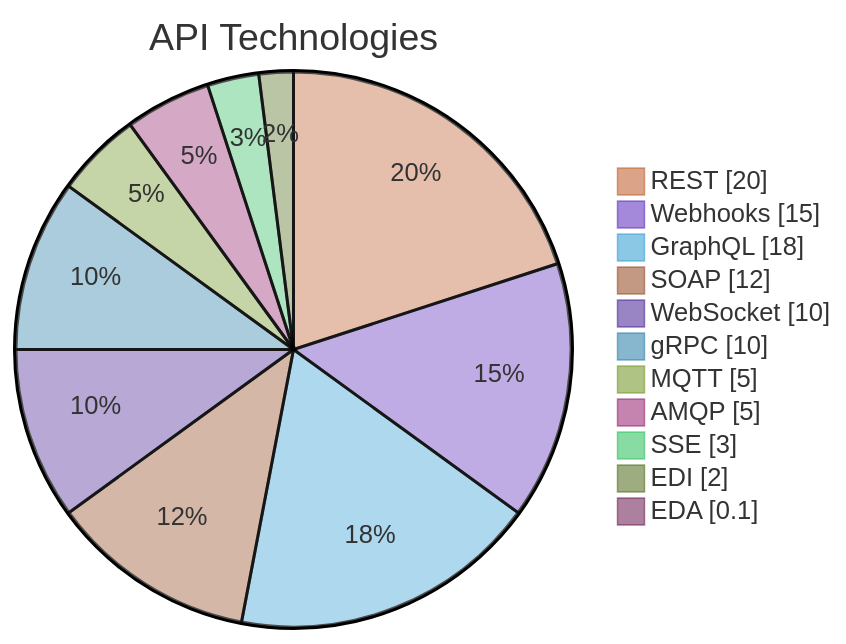
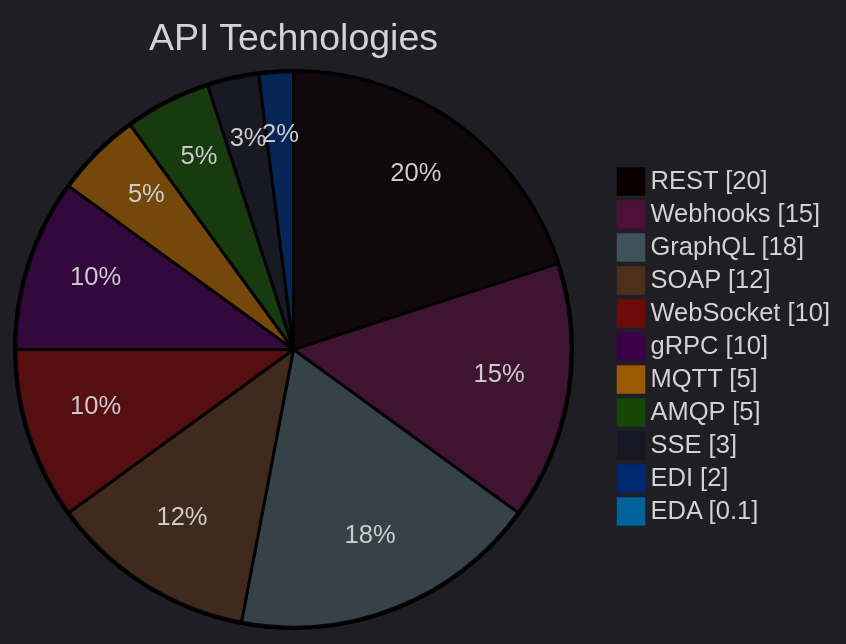
The first of 12 diagrams in WEB_TECH/API_Technologies/API_Technologies_Overview.md (CongLeSolutionX/iOS-development-vault), drawn with Mermaid before and after one commit.

Commit message:
update notes

````diff
--- a/WEB_TECH/API_Technologies/API_Technologies_Overview.md
+++ b/WEB_TECH/API_Technologies/API_Technologies_Overview.md
@@ -30,36 +30,36 @@
 ```mermaid
 ---
 title: "Overall API Technologies Wheel"
 author: "Cong Le"
 version: "1.0"
 license(s): "MIT, CC BY 4.0"
 copyright: "Copyright (c) 2025 Cong Le. All Rights Reserved."
 config:
-  theme: base
+  theme: dark
 ---
 %%%%%%%% Mermaid version v11.4.1-b.14
 %%%%%%%% Toggle theme value to `base` to activate the initilization below for the customized theme version.
 %%{
   init: {
     "pie": { "htmlLabels": false },
     'fontFamily': 'Fantasy',
     'themeVariables': {
       'primaryColor': '#B528'
     }
   }
 }%%
 pie showData
     title API Technologies
     "REST" : 20
     "Webhooks" : 15
     "GraphQL" : 18
     "SOAP" : 12
     "WebSocket" : 10
     "gRPC" : 10
     "MQTT" : 5
     "AMQP" : 5
     "SSE" : 3
     "EDI" : 2
     "EDA" : 0.1
     
 ```
````
